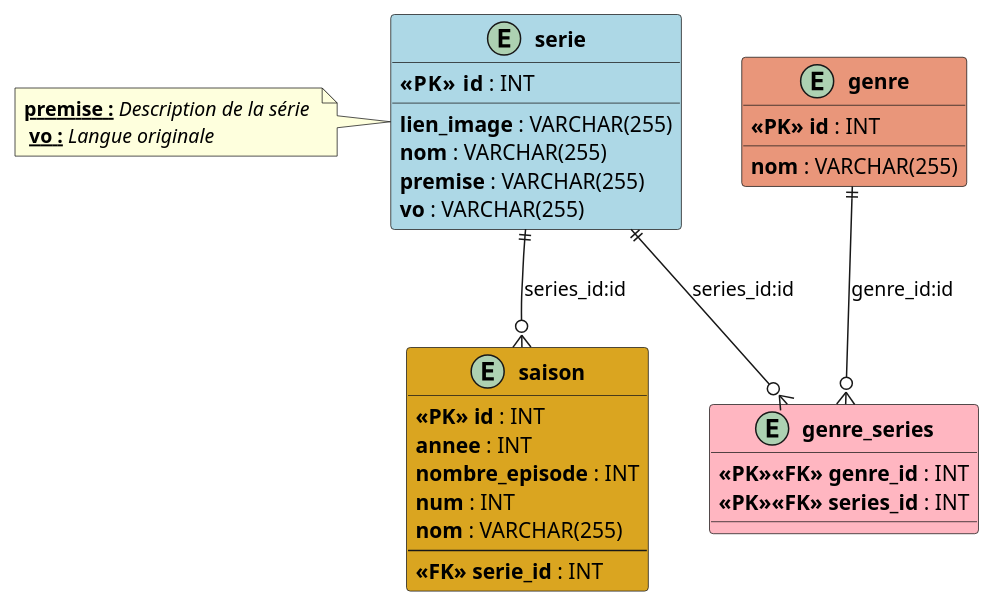
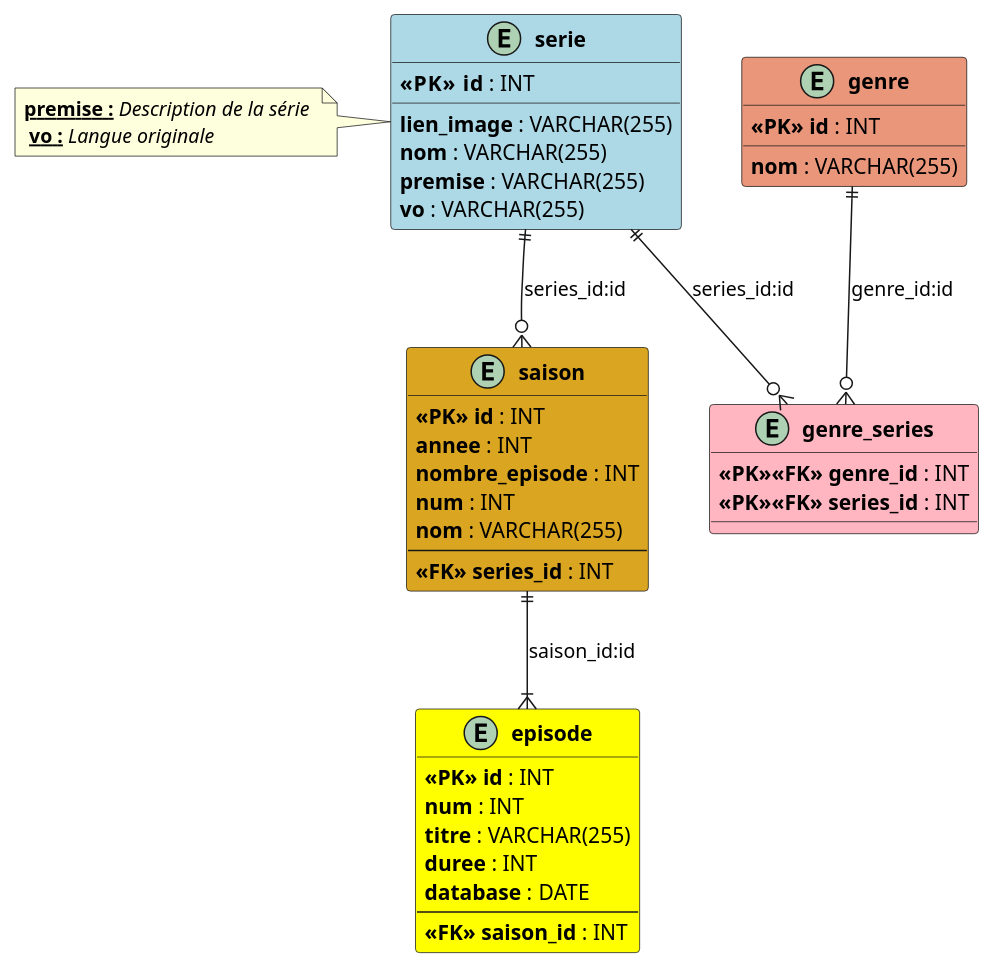
One commit to briantoalexandre/SB_APIREST_TP changed the diagram in documentation/schema BD.puml. Above: the diagram before and after it, drawn with PlantUML. The commit also changed 8 other files, not shown here.

```diff
--- a/documentation/schema BD.puml
+++ b/documentation/schema BD.puml
@@ -1,44 +1,55 @@
 @startuml
 ' DEFINITION DES ENTITES :
 ' ------------------------
 entity "**serie**" as serie #lightblue {
     **<<PK>>  id** : INT
     **lien_image** : VARCHAR(255)
     **nom** : VARCHAR(255)
     **premise** : VARCHAR(255)
     **vo** : VARCHAR(255)
 }
 
 entity "**genre**" as genre #darksalmon {
     **<<PK>> id** : INT
     **nom** : VARCHAR(255)
 }
 
 entity "**genre_series**" as genre_series #lightpink  {
     **<<PK>><<FK>> genre_id** : INT
     **<<PK>><<FK>> series_id** : INT
 }
 
 entity "**saison**" as saison #goldenrod {
     **<<PK>> id** : INT
     **annee** : INT
     **nombre_episode** : INT
     **num** : INT
     **nom** : VARCHAR(255)
     --
-    **<<FK>> serie_id** : INT
+    **<<FK>> series_id** : INT
+}
+
+entity "**episode**" as episode #Yellow {
+    **<<PK>> id** : INT
+    **num** : INT
+    **titre** : VARCHAR(255)
+    **duree** : INT
+    **database** : DATE
+    --
+    **<<FK>> saison_id** : INT
 }
 
 
 ' DEFINITION DES RELATIONS :
 ' --------------------------
 serie ||--o{ saison : "series_id:id"
 serie ||--o{ genre_series : "series_id:id"
 genre ||--o{ genre_series : "genre_id:id"
+saison ||--|{ episode : "saison_id:id"
 
 
 ' COMMENTAIRES :
 ' --------------
 note left of serie : **__premise :__** //Description de la série// \n **__vo :__** //Langue originale//
 
 @enduml
```
